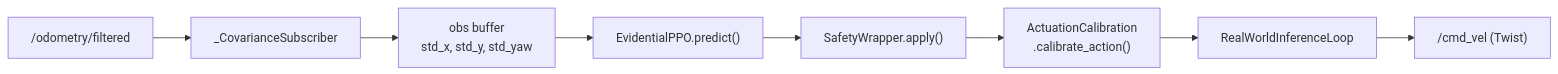
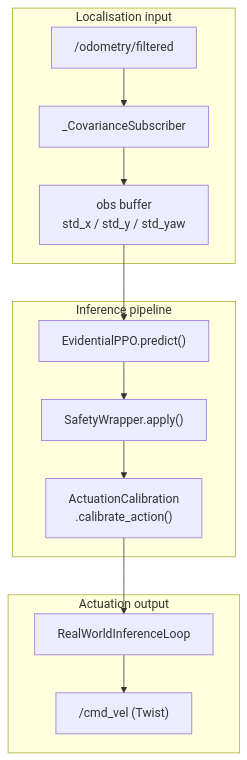
Before and after one commit to Expo39/Uncertainty-Conditioned-RL-with-Evidential-Policy-Networks-for-Autonomous-Systems: the diagram in uncertainty_rl/envs/real/README.md, drawn with Mermaid.

Commit message:
Updated real docs

````diff
--- a/uncertainty_rl/envs/real/README.md
+++ b/uncertainty_rl/envs/real/README.md
@@ -25,13 +25,17 @@
 ```mermaid
-flowchart LR
-    ODO["/odometry/filtered"]
-    COV["_CovarianceSubscriber"]
-    OBS["obs buffer\nstd_x, std_y, std_yaw"]
-    PPO["EvidentialPPO.predict()"]
-    SAF["SafetyWrapper.apply()"]
-    CAL["ActuationCalibration\n.calibrate_action()"]
-    LOOP["RealWorldInferenceLoop"]
-    CMD["/cmd_vel (Twist)"]
+flowchart TD
+    subgraph input["Localisation input"]
+        ODO["/odometry/filtered"] --> COV["_CovarianceSubscriber"] --> OBS["obs buffer\nstd_x / std_y / std_yaw"]
+    end
 
-    ODO --> COV --> OBS --> PPO --> SAF --> CAL --> LOOP --> CMD
+    subgraph inference["Inference pipeline"]
+        PPO["EvidentialPPO.predict()"] --> SAF["SafetyWrapper.apply()"] --> CAL["ActuationCalibration\n.calibrate_action()"]
+    end
+
+    subgraph output["Actuation output"]
+        LOOP["RealWorldInferenceLoop"] --> CMD["/cmd_vel (Twist)"]
+    end
+
+    OBS --> PPO
+    CAL --> LOOP
 ```
````
